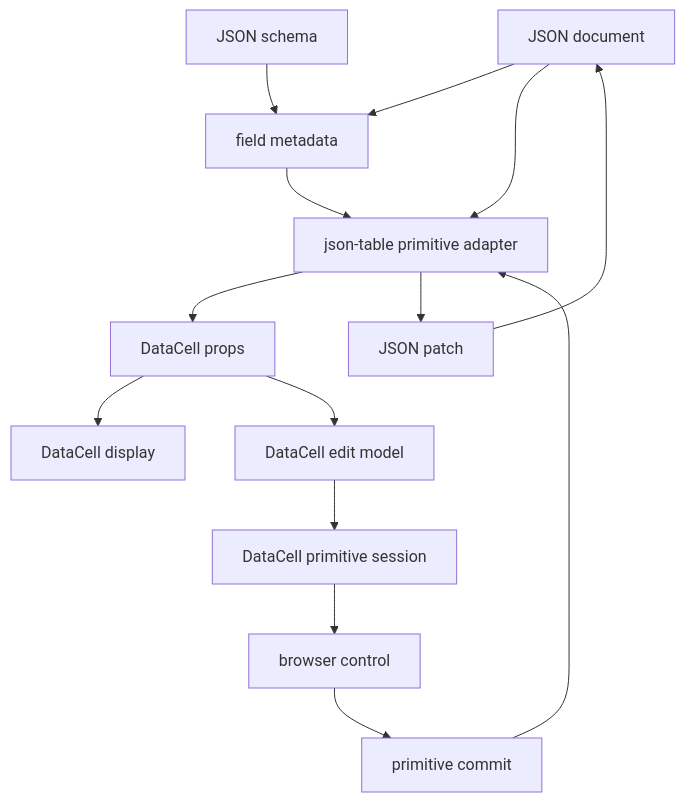
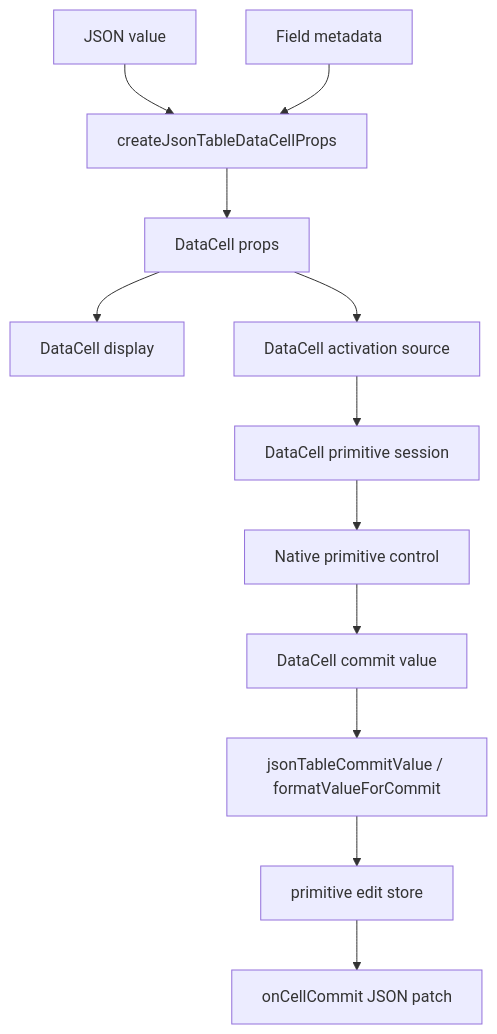
The first of 3 diagrams in design/data-cell-json-table-bare-metal-primitive-blueprint.md (retab-dev/retab-ui), drawn with Mermaid before and after one commit. The commit also changed other lines of this file and 156 other files, not shown here.

````diff
--- a/design/data-cell-json-table-bare-metal-primitive-blueprint.md
+++ b/design/data-cell-json-table-bare-metal-primitive-blueprint.md
@@ -77,28 +47,27 @@
 ```mermaid
 flowchart TD
-  Document["JSON document"]
-  Schema["JSON schema"]
-  Field["field metadata"]
-  Adapter["json-table primitive adapter"]
+  Json["JSON value"]
+  Schema["Field metadata"]
+  Adapter["createJsonTableDataCellProps"]
   Props["DataCell props"]
   Display["DataCell display"]
-  EditModel["DataCell edit model"]
+  Activation["DataCell activation source"]
   Session["DataCell primitive session"]
-  Control["browser control"]
-  Commit["primitive commit"]
-  Patch["JSON patch"]
+  Control["Native primitive control"]
+  Commit["DataCell commit value"]
+  Normalize["jsonTableCommitValue / formatValueForCommit"]
+  Pending["primitive edit store"]
+  Patch["onCellCommit JSON patch"]
 
-  Document --> Field
-  Schema --> Field
-  Field --> Adapter
-  Document --> Adapter
+  Json --> Adapter
+  Schema --> Adapter
   Adapter --> Props
   Props --> Display
-  Props --> EditModel
-  EditModel --> Session
+  Props --> Activation
+  Activation --> Session
   Session --> Control
   Control --> Commit
-  Commit --> Adapter
-  Adapter --> Patch
-  Patch --> Document
+  Commit --> Normalize
+  Normalize --> Pending
+  Pending --> Patch
 ```
````
